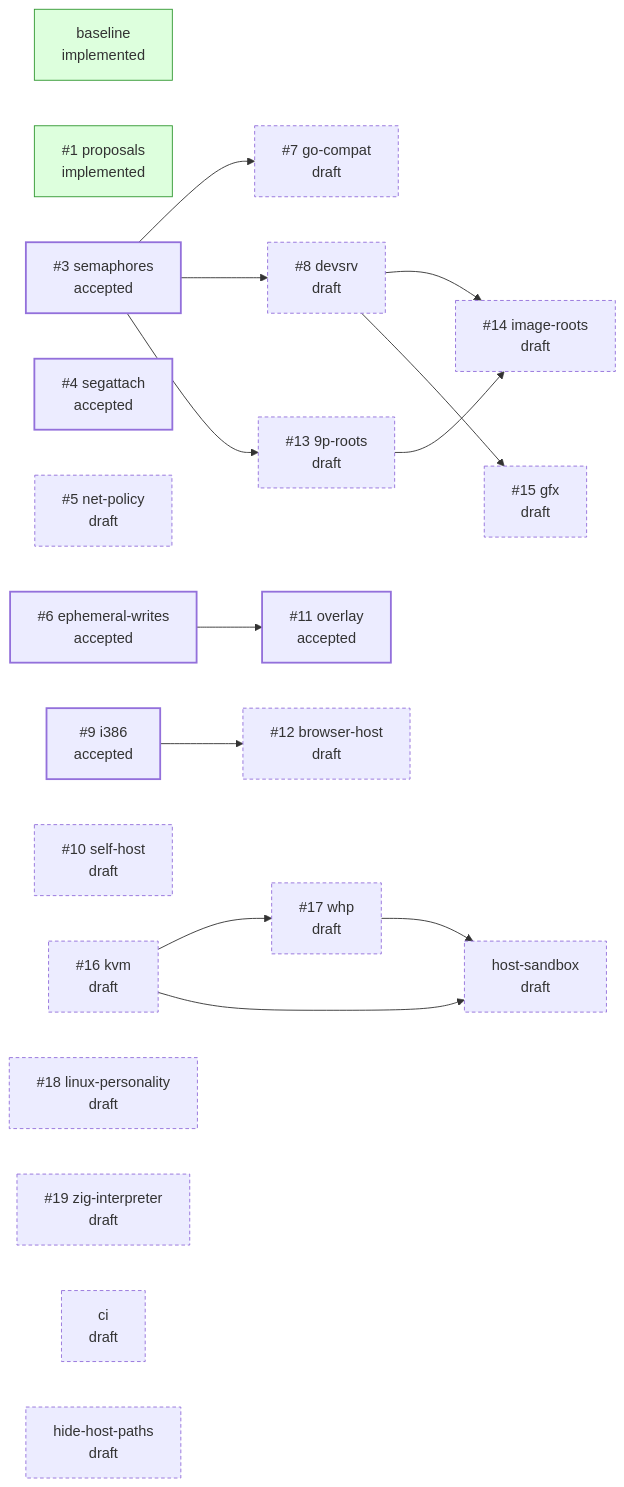
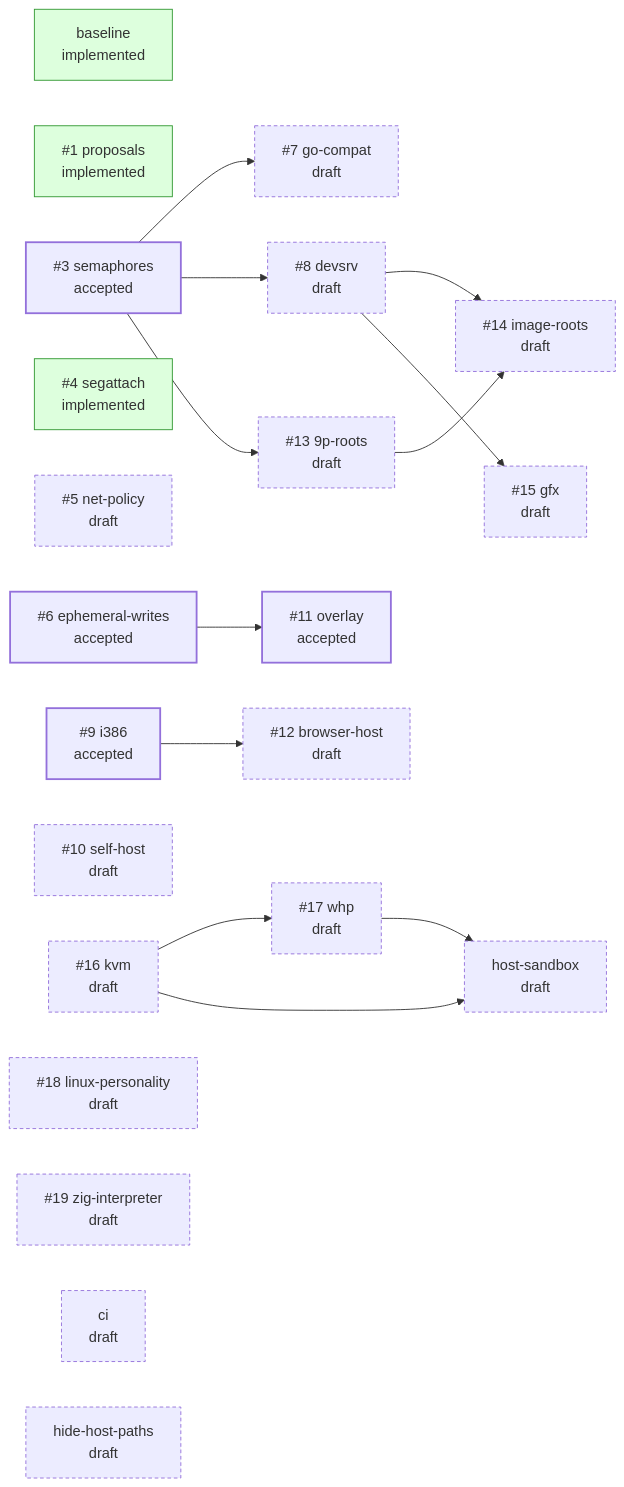
The diagram in README.md (jpf/hyper9), drawn with Mermaid before and after one commit. The commit also changed other lines of this file and 31 other files, not shown here.

````diff
--- a/README.md
+++ b/README.md
@@ -39,40 +39,40 @@
 ```mermaid
 flowchart LR
   classDef draft stroke-dasharray: 4 3
   classDef accepted stroke-width: 2px
   classDef implemented fill:#dfd,stroke:#393
   classDef closed fill:#eee,stroke:#999,color:#777
   p_baseline["baseline<br/>implemented"]:::implemented
   p_proposals["#35;1 proposals<br/>implemented"]:::implemented
   p_semaphores["#35;3 semaphores<br/>accepted"]:::accepted
-  p_segattach["#35;4 segattach<br/>accepted"]:::accepted
+  p_segattach["#35;4 segattach<br/>implemented"]:::implemented
   p_net_policy["#35;5 net-policy<br/>draft"]:::draft
   p_ephemeral_writes["#35;6 ephemeral-writes<br/>accepted"]:::accepted
   p_go_compat["#35;7 go-compat<br/>draft"]:::draft
   p_devsrv["#35;8 devsrv<br/>draft"]:::draft
   p_i386["#35;9 i386<br/>accepted"]:::accepted
   p_self_host["#35;10 self-host<br/>draft"]:::draft
   p_overlay["#35;11 overlay<br/>accepted"]:::accepted
   p_browser_host["#35;12 browser-host<br/>draft"]:::draft
   p_9p_roots["#35;13 9p-roots<br/>draft"]:::draft
   p_image_roots["#35;14 image-roots<br/>draft"]:::draft
   p_gfx["#35;15 gfx<br/>draft"]:::draft
   p_kvm["#35;16 kvm<br/>draft"]:::draft
   p_whp["#35;17 whp<br/>draft"]:::draft
   p_linux_personality["#35;18 linux-personality<br/>draft"]:::draft
   p_zig_interpreter["#35;19 zig-interpreter<br/>draft"]:::draft
   p_ci["ci<br/>draft"]:::draft
   p_hide_host_paths["hide-host-paths<br/>draft"]:::draft
   p_host_sandbox["host-sandbox<br/>draft"]:::draft
   p_semaphores --> p_go_compat
   p_semaphores --> p_devsrv
   p_ephemeral_writes --> p_overlay
   p_i386 --> p_browser_host
   p_semaphores --> p_9p_roots
   p_devsrv --> p_image_roots
   p_9p_roots --> p_image_roots
   p_devsrv --> p_gfx
   p_kvm --> p_whp
   p_kvm --> p_host_sandbox
   p_whp --> p_host_sandbox
 ```
````
